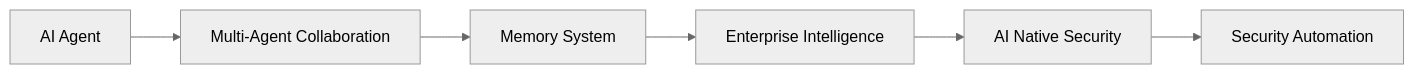
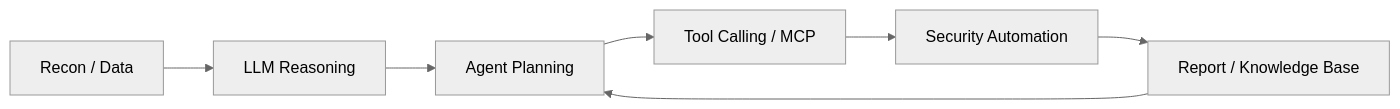
The diagram in README.md (letmego2022/letmego2022), drawn with Mermaid (neutral theme) before and after one commit. The commit also changed other lines of this file, not shown here.

````diff
--- a/README.md
+++ b/README.md
@@ -199,8 +181,9 @@
 ```mermaid
 flowchart LR
-    A[AI Agent] --> B[Multi-Agent Collaboration]
-    B --> C[Memory System]
-    C --> D[Enterprise Intelligence]
-    D --> E[AI Native Security]
-    E --> F[Security Automation]
+    A[Recon / Data] --> B[LLM Reasoning]
+    B --> C[Agent Planning]
+    C --> D[Tool Calling / MCP]
+    D --> E[Security Automation]
+    E --> F[Report / Knowledge Base]
+    F --> C
 ```
````
